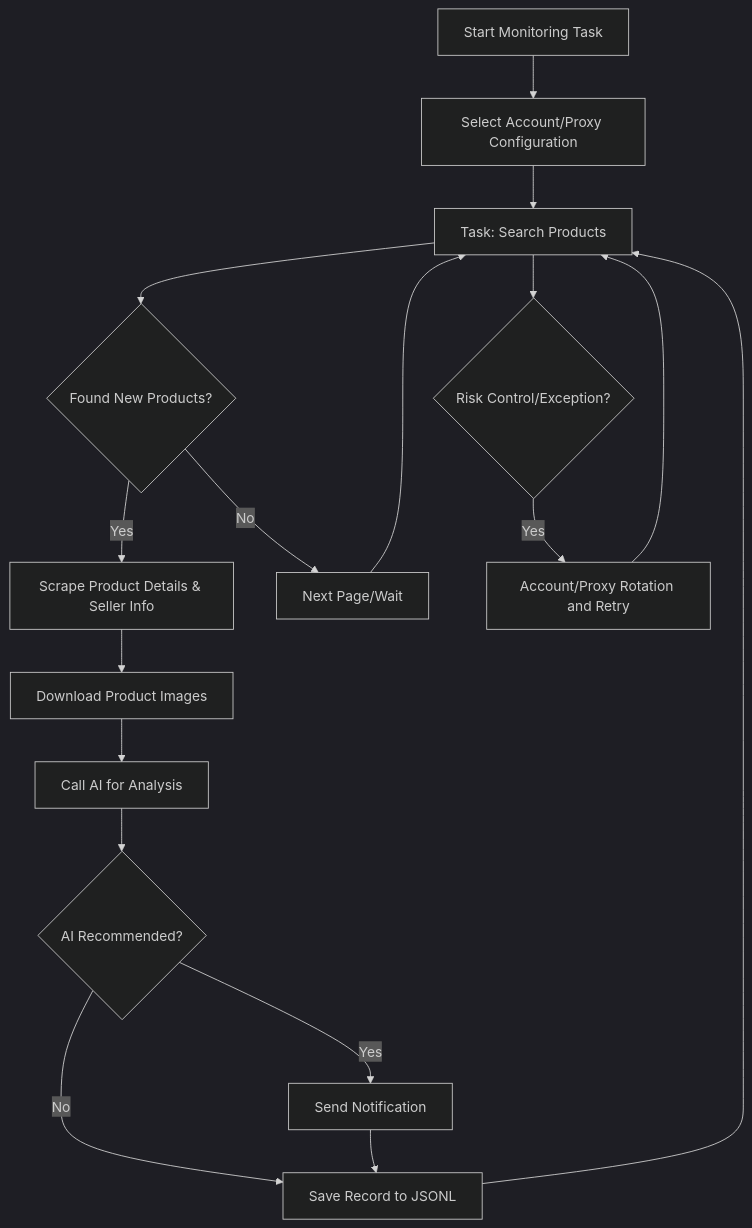
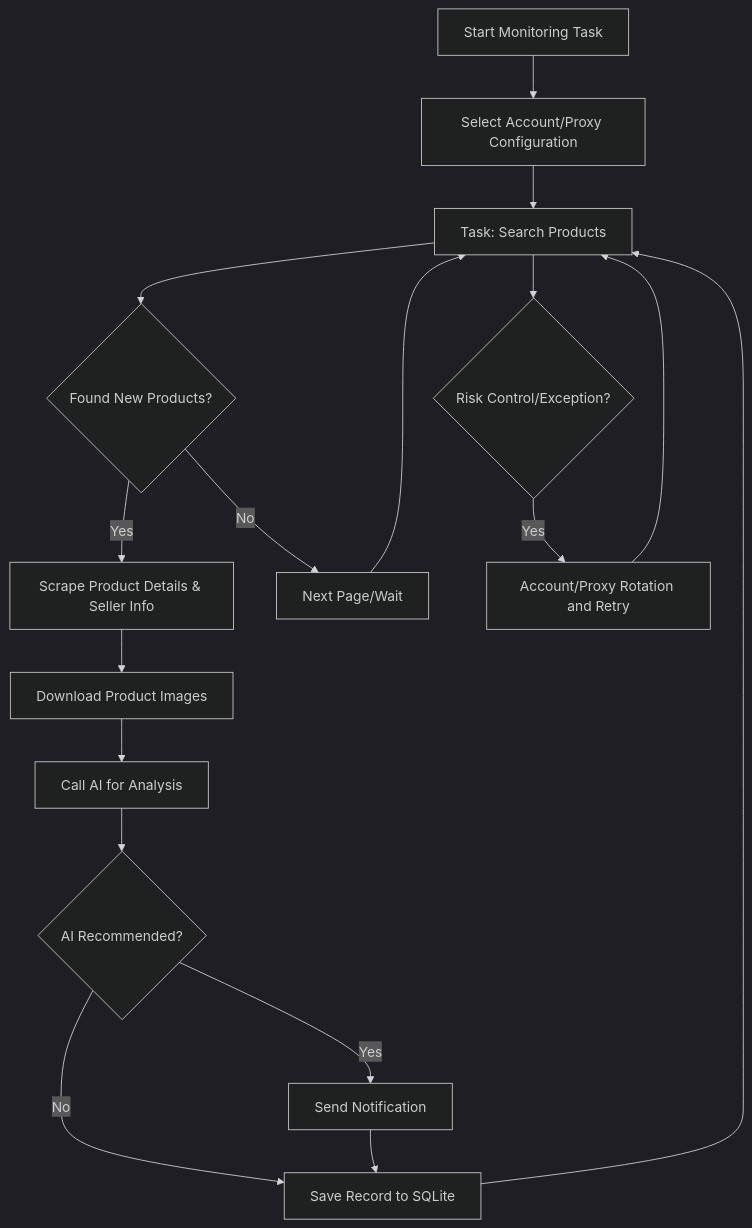
The diagram in README_EN.md (Xboxpig/xianyu-monitor), drawn with Mermaid (dark theme) before and after one commit. The commit also changed other lines of this file and 29 other files, not shown here.

````diff
--- a/README_EN.md
+++ b/README_EN.md
@@ -218,19 +231,19 @@
 ```mermaid
 graph TD
     A[Start Monitoring Task] --> B[Select Account/Proxy Configuration];
     B --> C[Task: Search Products];
     C --> D{Found New Products?};
     D -- Yes --> E[Scrape Product Details & Seller Info];
     E --> F[Download Product Images];
     F --> G[Call AI for Analysis];
     G --> H{AI Recommended?};
     H -- Yes --> I[Send Notification];
-    H -- No --> J[Save Record to JSONL];
+    H -- No --> J[Save Record to SQLite];
     I --> J;
     D -- No --> K[Next Page/Wait];
     K --> C;
     J --> C;
     C --> L{Risk Control/Exception?};
     L -- Yes --> M[Account/Proxy Rotation and Retry];
     M --> C;
 ```
````
